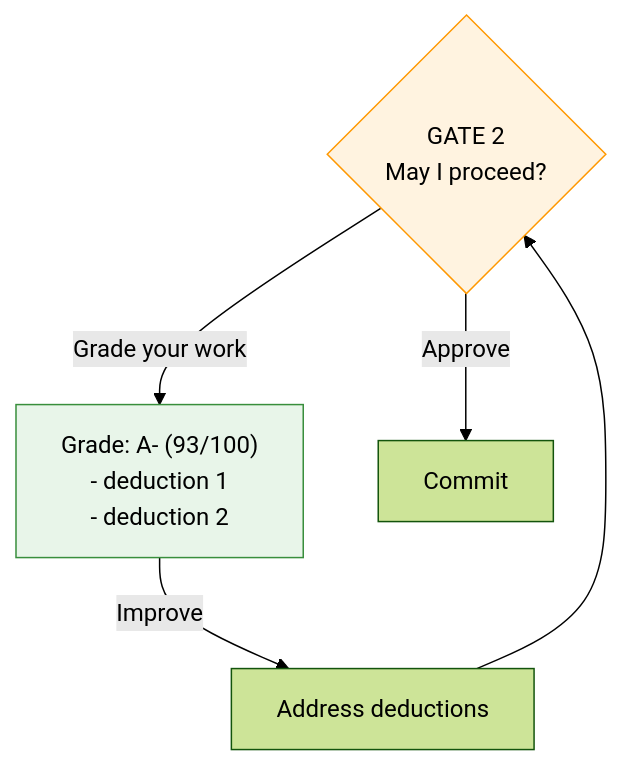
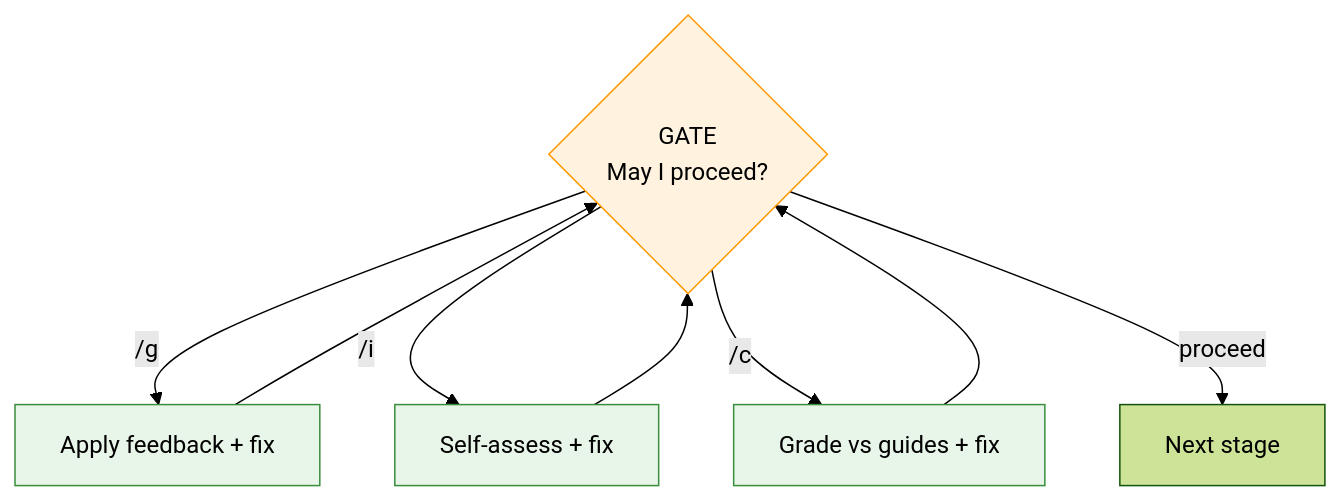
One commit to binaryphile/tandem-protocol changed the first of 2 diagrams in FEATURES.md. Above: the diagram before and after it, drawn with Mermaid (forest theme). The commit also changed other lines of this file and 9 other files, not shown here.

````diff
--- a/FEATURES.md
+++ b/FEATURES.md
@@ -7,10 +7,15 @@
 ```mermaid
 flowchart TD
-    G2{"GATE 2<br/>May I proceed?"} -->|"Grade your work"| GRADE["Grade: A- (93/100)<br/>- deduction 1<br/>- deduction 2"]
-    GRADE -->|"Improve"| IMPROVE["Address deductions"]
-    IMPROVE --> G2
-    G2 -->|"Approve"| S4["Commit"]
+    GATE{"GATE<br/>May I proceed?"} -->|"/g"| EXTERN["Apply feedback + fix"]
+    EXTERN --> GATE
+    GATE -->|"/i"| IMPROVE["Self-assess + fix"]
+    IMPROVE --> GATE
+    GATE -->|"/c"| COMPLY["Grade vs guides + fix"]
+    COMPLY --> GATE
+    GATE -->|"proceed"| NEXT["Next stage"]
 
-    style G2 fill:#fff3e0,stroke:#ff9800
-    style GRADE fill:#e8f5e9,stroke:#388e3c
+    style GATE fill:#fff3e0,stroke:#ff9800
+    style IMPROVE fill:#e8f5e9,stroke:#388e3c
+    style COMPLY fill:#e8f5e9,stroke:#388e3c
+    style EXTERN fill:#e8f5e9,stroke:#388e3c
 ```
````
